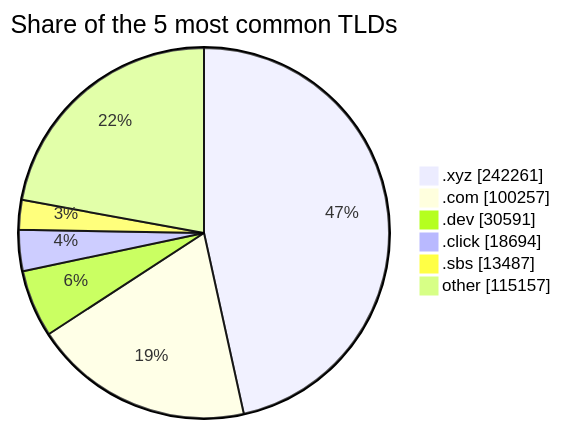
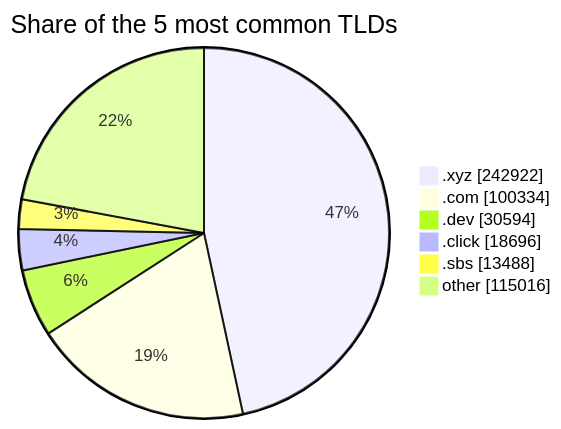
One commit to DNSBunker/CTI changed the third of 3 diagrams in README.md. Above: the diagram before and after it, drawn with Mermaid. The commit also changed other lines of this file and 3 other files, not shown here.

````diff
--- a/README.md
+++ b/README.md
@@ -81,9 +81,9 @@
 ```mermaid
 pie showData title Share of the 5 most common TLDs
-    ".xyz" : 242261
-    ".com" : 100257
-    ".dev" : 30591
-    ".click" : 18694
-    ".sbs" : 13487
-    "other" : 115157
+    ".xyz" : 242922
+    ".com" : 100334
+    ".dev" : 30594
+    ".click" : 18696
+    ".sbs" : 13488
+    "other" : 115016
 ```
````
